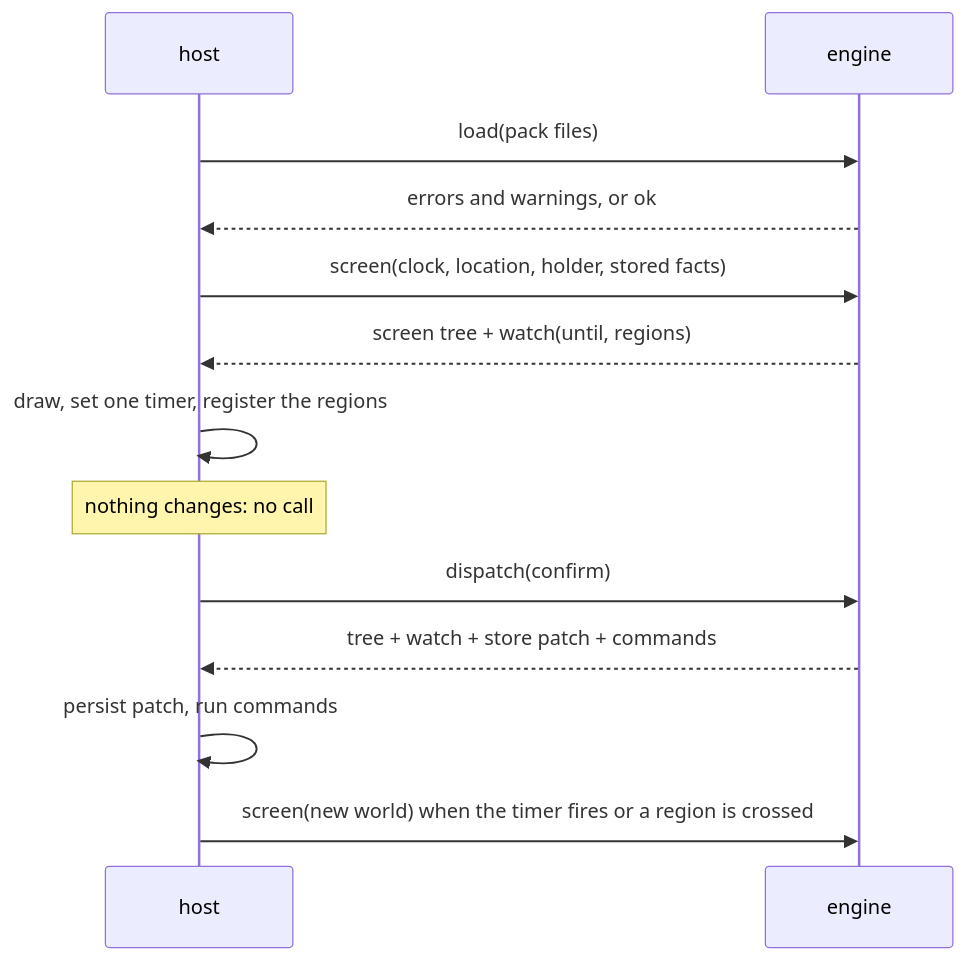
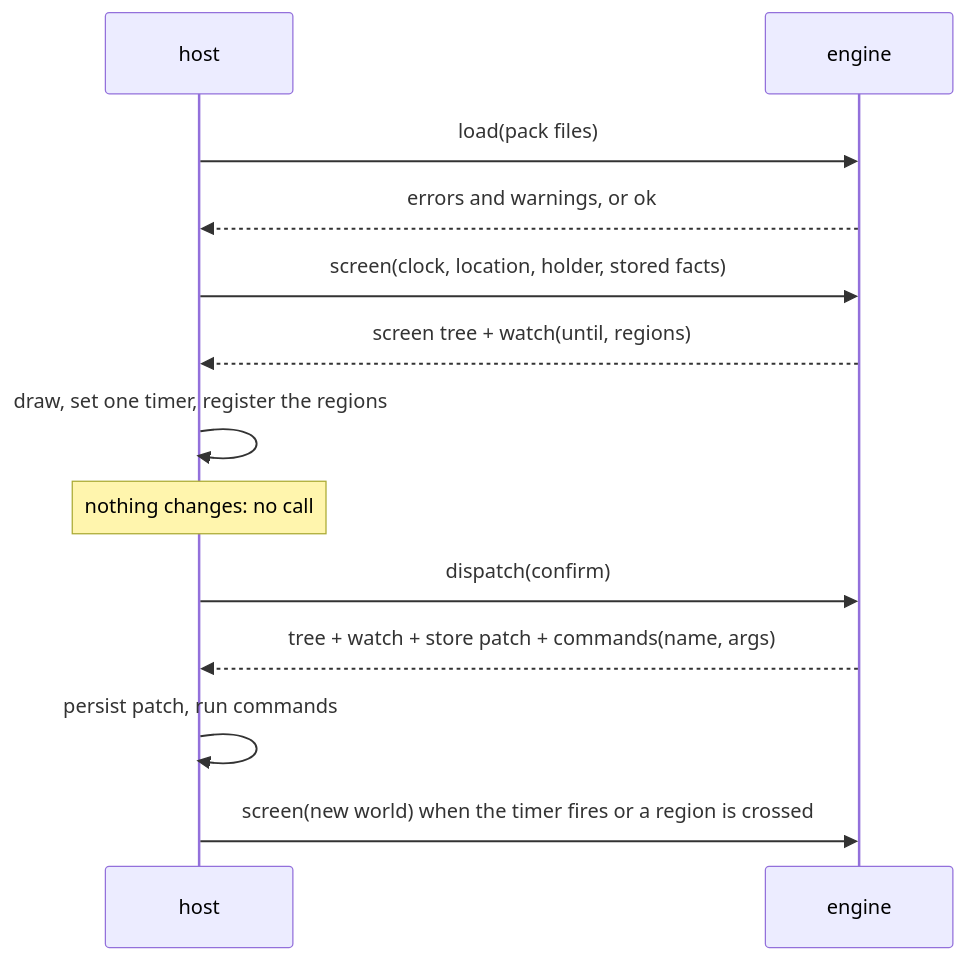
Before and after one commit to sirgrimorum/deskpress: the second of 2 diagrams in docs/architecture.md, drawn with Mermaid. The commit also changed other lines of this file and 15 other files, not shown here.

Commit message:
docs: record decisions 0015 through 0023 and update architecture

````diff
--- a/docs/architecture.md
+++ b/docs/architecture.md
@@ -50,15 +50,15 @@
 ```mermaid
 sequenceDiagram
   participant H as host
   participant E as engine
   H->>E: load(pack files)
   E-->>H: errors and warnings, or ok
   H->>E: screen(clock, location, holder, stored facts)
   E-->>H: screen tree + watch(until, regions)
   H->>H: draw, set one timer, register the regions
   Note over H: nothing changes: no call
   H->>E: dispatch(confirm)
-  E-->>H: tree + watch + store patch + commands
+  E-->>H: tree + watch + store patch + commands(name, args)
   H->>H: persist patch, run commands
   H->>E: screen(new world) when the timer fires or a region is crossed
 ```
````
